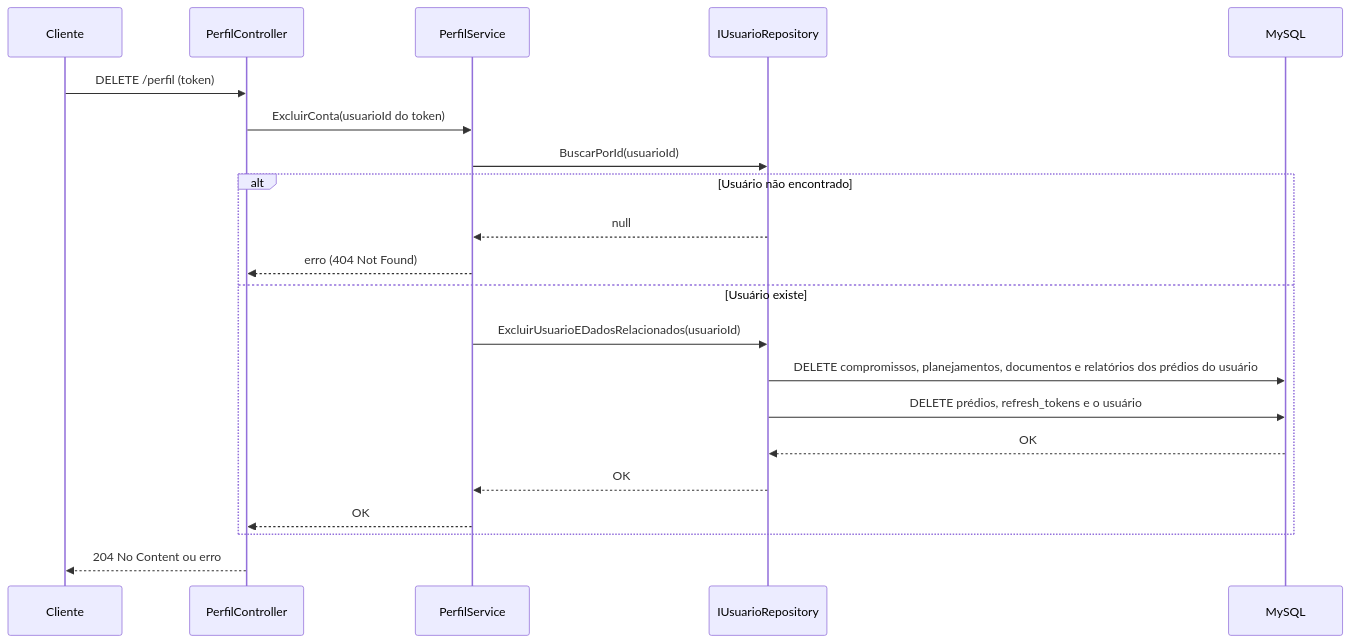
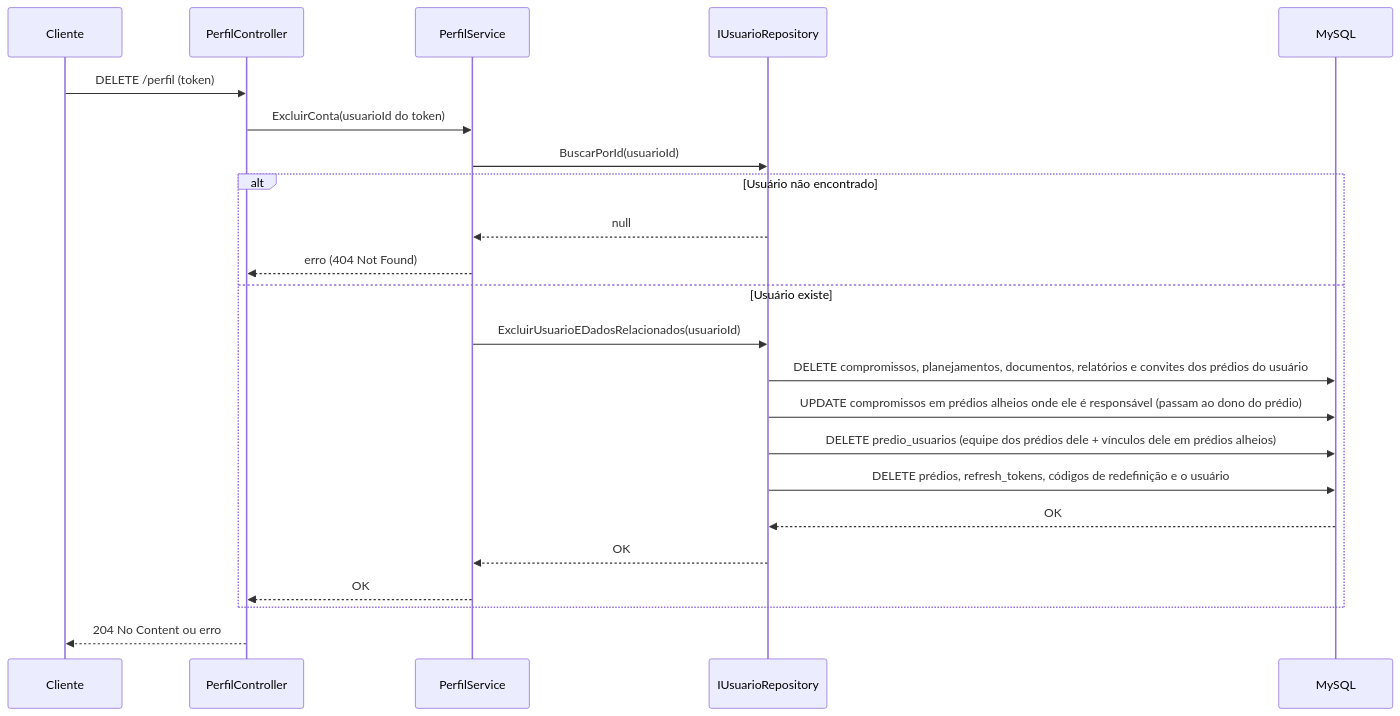
One commit to pdrollucas/euSindico changed the seventh of 8 diagrams in backend/documentation/AUTHENTICATION.md. Above: the diagram before and after it, drawn with Mermaid. The commit also changed other lines of this file and 49 other files, not shown here.

First line of the commit message:
feat(backend): implement compromissos CRUD with responsável and team scope (RF12-RF17, RF34)

````diff
--- a/backend/documentation/AUTHENTICATION.md
+++ b/backend/documentation/AUTHENTICATION.md
@@ -328,24 +328,26 @@
 ```mermaid
 sequenceDiagram
     participant C as Cliente
     participant P as PerfilController
     participant S as PerfilService
     participant R as IUsuarioRepository
     participant DB as MySQL
 
     C->>P: DELETE /perfil (token)
     P->>S: ExcluirConta(usuarioId do token)
     S->>R: BuscarPorId(usuarioId)
     alt Usuário não encontrado
         R-->>S: null
         S-->>P: erro (404 Not Found)
     else Usuário existe
         S->>R: ExcluirUsuarioEDadosRelacionados(usuarioId)
-        R->>DB: DELETE compromissos, planejamentos, documentos e relatórios dos prédios do usuário
-        R->>DB: DELETE prédios, refresh_tokens e o usuário
+        R->>DB: DELETE compromissos, planejamentos, documentos, relatórios e convites dos prédios do usuário
+        R->>DB: UPDATE compromissos em prédios alheios onde ele é responsável (passam ao dono do prédio)
+        R->>DB: DELETE predio_usuarios (equipe dos prédios dele + vínculos dele em prédios alheios)
+        R->>DB: DELETE prédios, refresh_tokens, códigos de redefinição e o usuário
         DB-->>R: OK
         R-->>S: OK
         S-->>P: OK
     end
     P-->>C: 204 No Content ou erro
 ```
````
